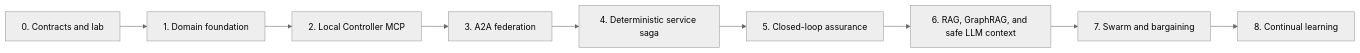
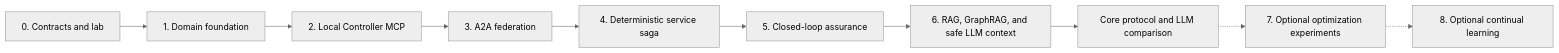
The first of 2 diagrams in docs/implementation-roadmap.md (allenabishekGithub/inter-domain-automatedNetworking), drawn with Mermaid (neutral theme) before and after one commit. The commit also changed other lines of this file and 5 other files, not shown here.

````diff
--- a/docs/implementation-roadmap.md
+++ b/docs/implementation-roadmap.md
@@ -9,11 +19,12 @@
 ```mermaid
 flowchart LR
     P0[0. Contracts and lab] --> P1[1. Domain foundation]
     P1 --> P2[2. Local Controller MCP]
     P2 --> P3[3. A2A federation]
     P3 --> P4[4. Deterministic service saga]
     P4 --> P5[5. Closed-loop assurance]
     P5 --> P6[6. RAG, GraphRAG, and safe LLM context]
-    P6 --> P7[7. Swarm and bargaining]
-    P7 --> P8[8. Continual learning]
+    P6 --> E[Core protocol and LLM comparison]
+    E -.-> P7[7. Optional optimization experiments]
+    P7 -.-> P8[8. Optional continual learning]
 ```
````
